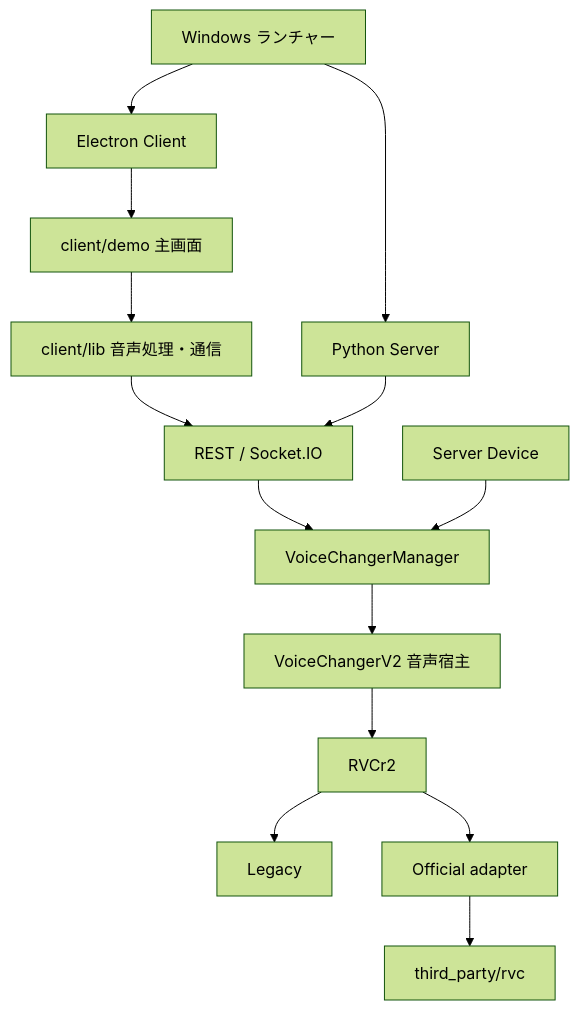
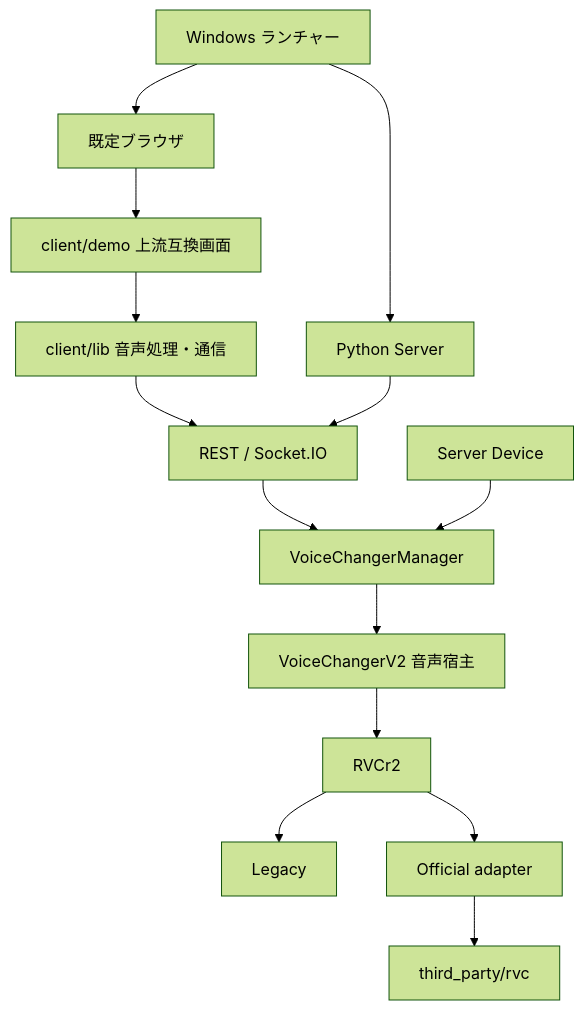
One commit to yomihime/voice-changer changed the diagram in docs/architecture.md. Above: the diagram before and after it, drawn with Mermaid (forest theme). The commit also changed other lines of this file and 47 other files, not shown here.

Commit message:
refactor(client): restore upstream clients and retire Electron shell

````diff
--- a/docs/architecture.md
+++ b/docs/architecture.md
@@ -17,16 +18,16 @@
 ```mermaid
 flowchart TD
     Launcher[Windows ランチャー] --> Server[Python Server]
-    Launcher --> Desktop[Electron Client]
-    Desktop --> UI[client/demo 主画面]
+    Launcher --> Browser[既定ブラウザ]
+    Browser --> UI[client/demo 上流互換画面]
     UI --> Client[client/lib 音声処理・通信]
     Client --> API[REST / Socket.IO]
     Server --> API
     API --> Manager[VoiceChangerManager]
     Device[Server Device] --> Manager
     Manager --> Host[VoiceChangerV2 音声宿主]
     Host --> RVC[RVCr2]
     RVC --> Legacy[Legacy]
     RVC --> Official[Official adapter]
     Official --> Upstream[third_party/rvc]
 ```
````
